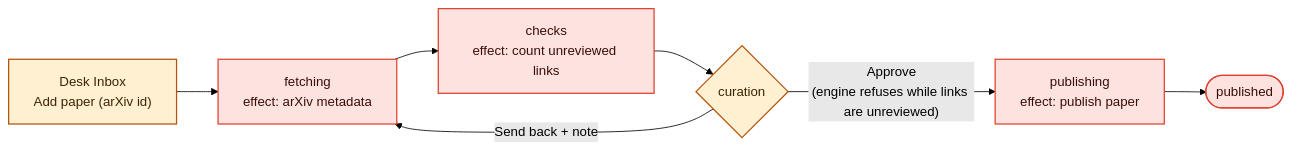
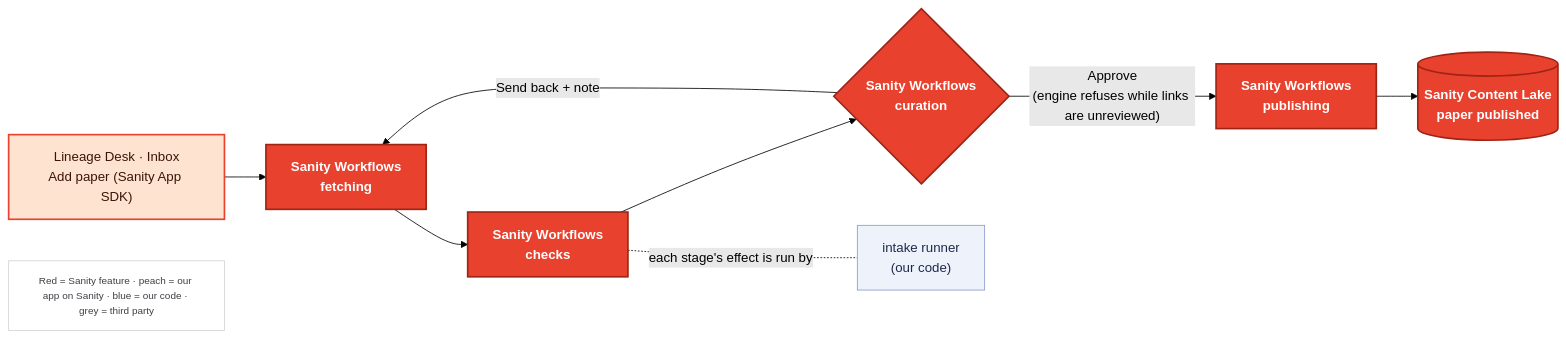
The diagram in docs/post/diagrams/example-intake.mmd (akashgoyal/paper-lineage), drawn with Mermaid (forest theme) before and after one commit. The commit also changed 15 other files, not shown here.

First line of the commit message:
docs(post): diagrams make Sanity unmistakable

```diff
--- a/docs/post/diagrams/example-intake.mmd
+++ b/docs/post/diagrams/example-intake.mmd
@@ -1,13 +1,16 @@
 flowchart LR
-  ADD["Desk Inbox<br/>Add paper (arXiv id)"]:::onsanity --> F["fetching<br/>effect: arXiv metadata"]:::sanity
-  F --> CH["checks<br/>effect: count unreviewed links"]:::sanity
-  CH --> CU{"curation"}:::onsanity
-  CU -- "Approve<br/>(engine refuses while links are unreviewed)" --> P["publishing<br/>effect: publish paper"]:::sanity
+  ADD["Lineage Desk · Inbox<br/>Add paper (Sanity App SDK)"]:::onsanity --> F["Sanity Workflows<br/>fetching"]:::sanity
+  F --> CH["Sanity Workflows<br/>checks"]:::sanity
+  CH --> CU{"Sanity Workflows<br/>curation"}:::sanity
+  CU -- "Approve<br/>(engine refuses while links are unreviewed)" --> P["Sanity Workflows<br/>publishing"]:::sanity
   CU -- "Send back + note" --> F
-  P --> DONE(["published"]):::sanity
-
-  classDef sanity fill:#FDE3E0,stroke:#E0402F,color:#3B0D08,stroke-width:1.5px
-  classDef onsanity fill:#FFF0D2,stroke:#B45309,color:#3D2302,stroke-width:1.5px
-  classDef ours fill:#E3EAFE,stroke:#3446C4,color:#121A4A,stroke-width:1.5px
-  classDef third fill:#F4F4F5,stroke:#6B7280,color:#1F2937,stroke-dasharray:4 3
+  P --> DONE[("Sanity Content Lake<br/>paper published")]:::sanity
+  CH -. "each stage's effect is run by" .- R["intake runner<br/>(our code)"]:::ours
+  LEG["Red = Sanity feature · peach = our app on Sanity · blue = our code · grey = third party"]:::legend
+  classDef sanity fill:#E8412E,stroke:#9F2414,color:#FFFFFF,stroke-width:2px,font-weight:bold
+  classDef onsanity fill:#FDE3D0,stroke:#E8412E,color:#3D1408,stroke-width:2px
+  classDef ours fill:#EEF2FB,stroke:#8A9AC9,color:#1E2A4A,stroke-width:1px
+  classDef third fill:#F6F6F7,stroke:#A1A1AA,color:#3F3F46,stroke-dasharray:4 3
   classDef person fill:#FFFFFF,stroke:#17191E,color:#17191E
+  classDef warn fill:#FEF3C7,stroke:#A16207,color:#422006,stroke-dasharray:4 3
+  classDef legend fill:#FFFFFF,stroke:#D4D4D8,color:#3F3F46,font-size:12px
```
